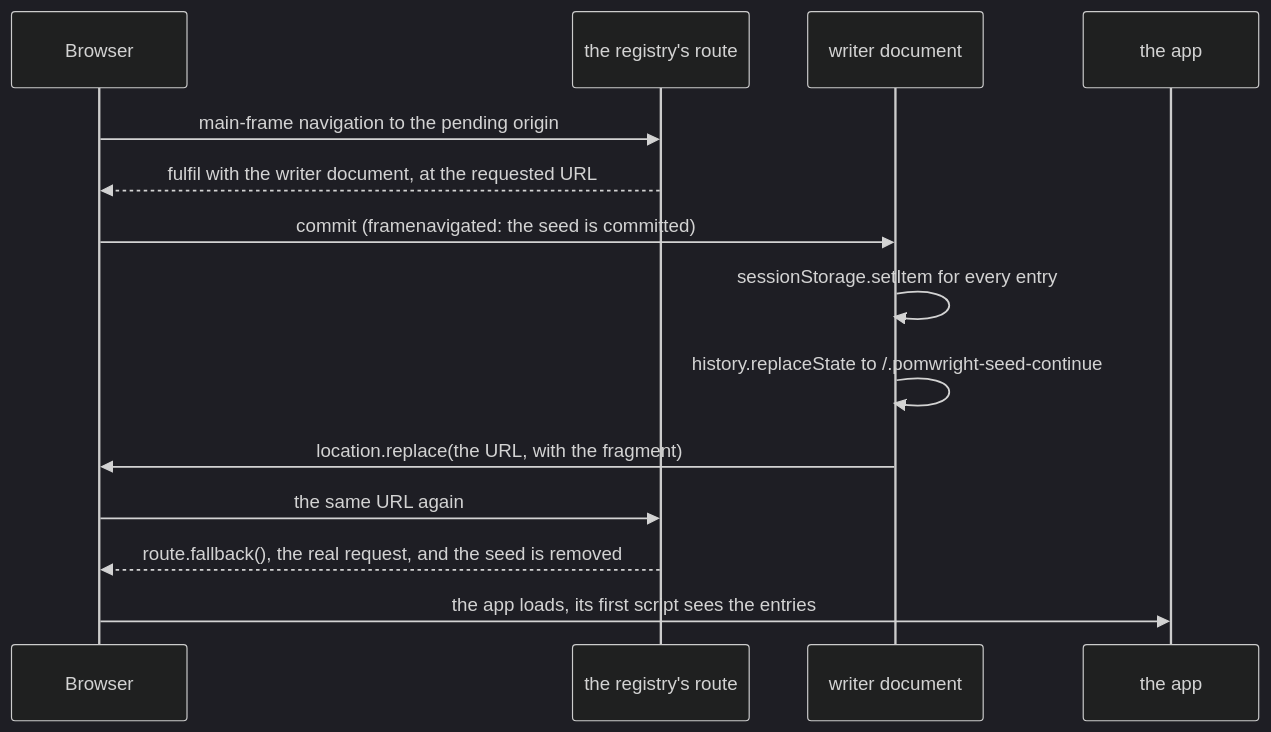
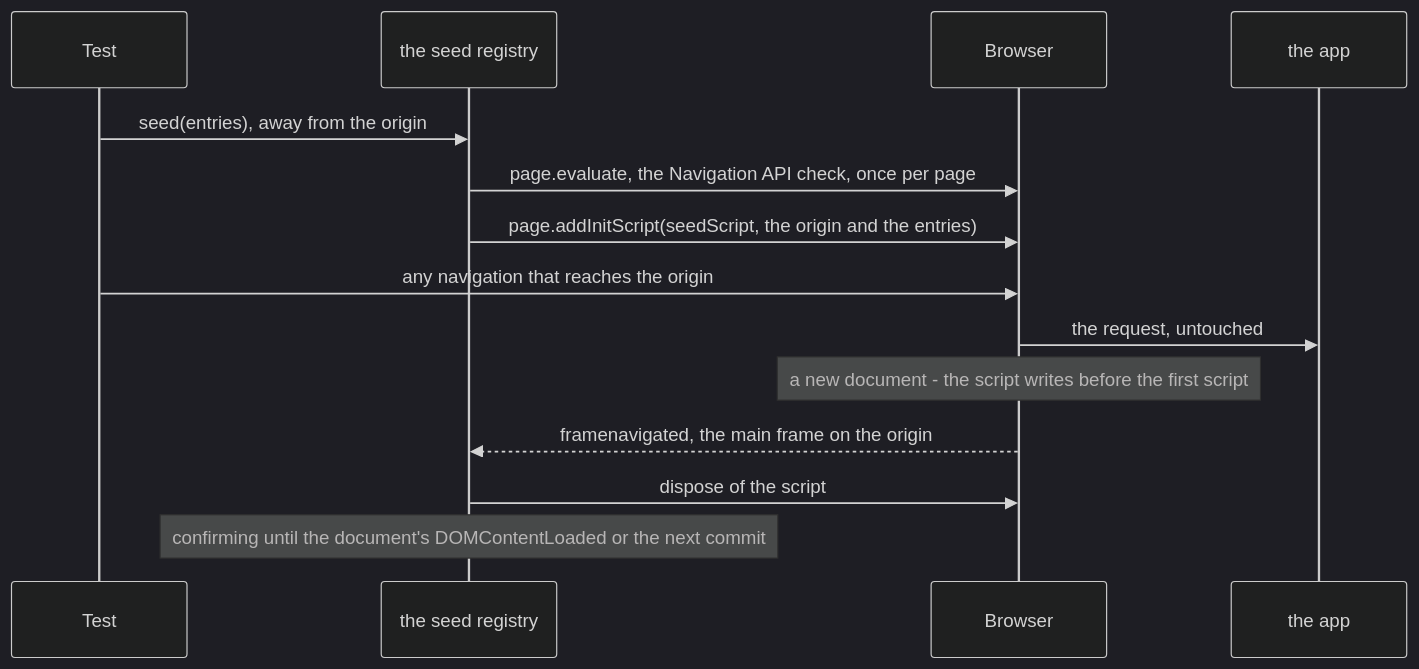
One commit to DyHex/POMWright changed the diagram in website/src/content/docs/internal/seed-registry.md. Above: the diagram before and after it, drawn with Mermaid (dark theme). The commit also changed other lines of this file and 5 other files, not shown here.

````diff
--- a/website/src/content/docs/internal/seed-registry.md
+++ b/website/src/content/docs/internal/seed-registry.md
@@ -28,16 +47,16 @@
 ```mermaid
 sequenceDiagram
+  participant Test
+  participant Registry as the seed registry
   participant Browser
-  participant Route as the registry's route
-  participant Writer as writer document
   participant App as the app
-  Browser->>Route: main-frame navigation to the pending origin
-  Route-->>Browser: fulfil with the writer document, at the requested URL
-  Browser->>Writer: commit (framenavigated: the seed is committed)
-  Writer->>Writer: sessionStorage.setItem for every entry
-  Writer->>Writer: history.replaceState to /.pomwright-seed-continue
-  Writer->>Browser: location.replace(the URL, with the fragment)
-  Browser->>Route: the same URL again
-  Route-->>Browser: route.fallback(), the real request, and the seed is removed
-  Browser->>App: the app loads, its first script sees the entries
+  Test->>Registry: seed(entries), away from the origin
+  Registry->>Browser: page.evaluate, the Navigation API check, once per page
+  Registry->>Browser: page.addInitScript(seedScript, the origin and the entries)
+  Test->>Browser: any navigation that reaches the origin
+  Browser->>App: the request, untouched
+  Note over Browser: a new document - the script writes before the first script
+  Browser-->>Registry: framenavigated, the main frame on the origin
+  Registry->>Browser: dispose of the script
+  Note over Registry: confirming until the document's DOMContentLoaded or the next commit
 ```
````
